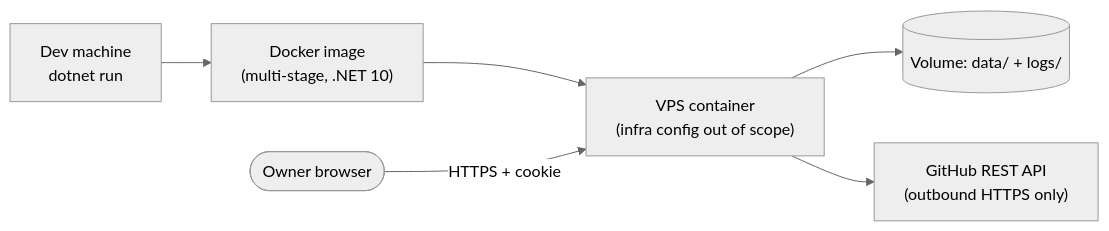
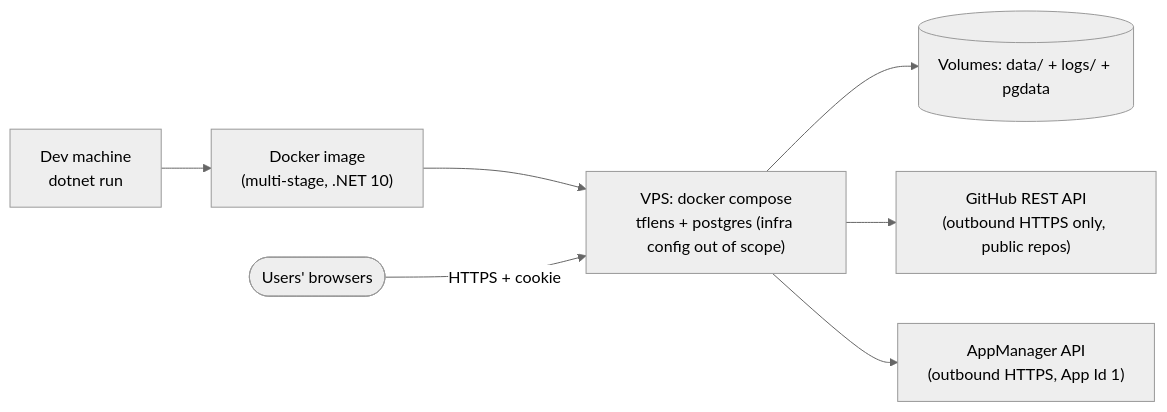
One commit to techierathore/TfLens changed the ninth of 9 diagrams in docs/TfLens-Architecture.md. Above: the diagram before and after it, drawn with Mermaid (neutral theme). The commit also changed other lines of this file and 26 other files, not shown here.

````diff
--- a/docs/TfLens-Architecture.md
+++ b/docs/TfLens-Architecture.md
@@ -410,8 +501,9 @@
 ```mermaid
 flowchart LR
   Dev["Dev machine<br/>dotnet run"] --> Img["Docker image<br/>(multi-stage, .NET 10)"]
-  Img --> VPS["VPS container<br/>(infra config out of scope)"]
-  VPS --> Vol[("Volume: data/ + logs/")]
-  VPS --> GH["GitHub REST API<br/>(outbound HTTPS only)"]
-  Owner(["Owner browser"]) -- "HTTPS + cookie" --> VPS
+  Img --> VPS["VPS: docker compose<br/>tflens + postgres (infra config out of scope)"]
+  VPS --> Vol[("Volumes: data/ + logs/ + pgdata")]
+  VPS --> GH["GitHub REST API<br/>(outbound HTTPS only, public repos)"]
+  VPS --> AM["AppManager API<br/>(outbound HTTPS, App Id 1)"]
+  Users(["Users' browsers"]) -- "HTTPS + cookie" --> VPS
 ```
````
